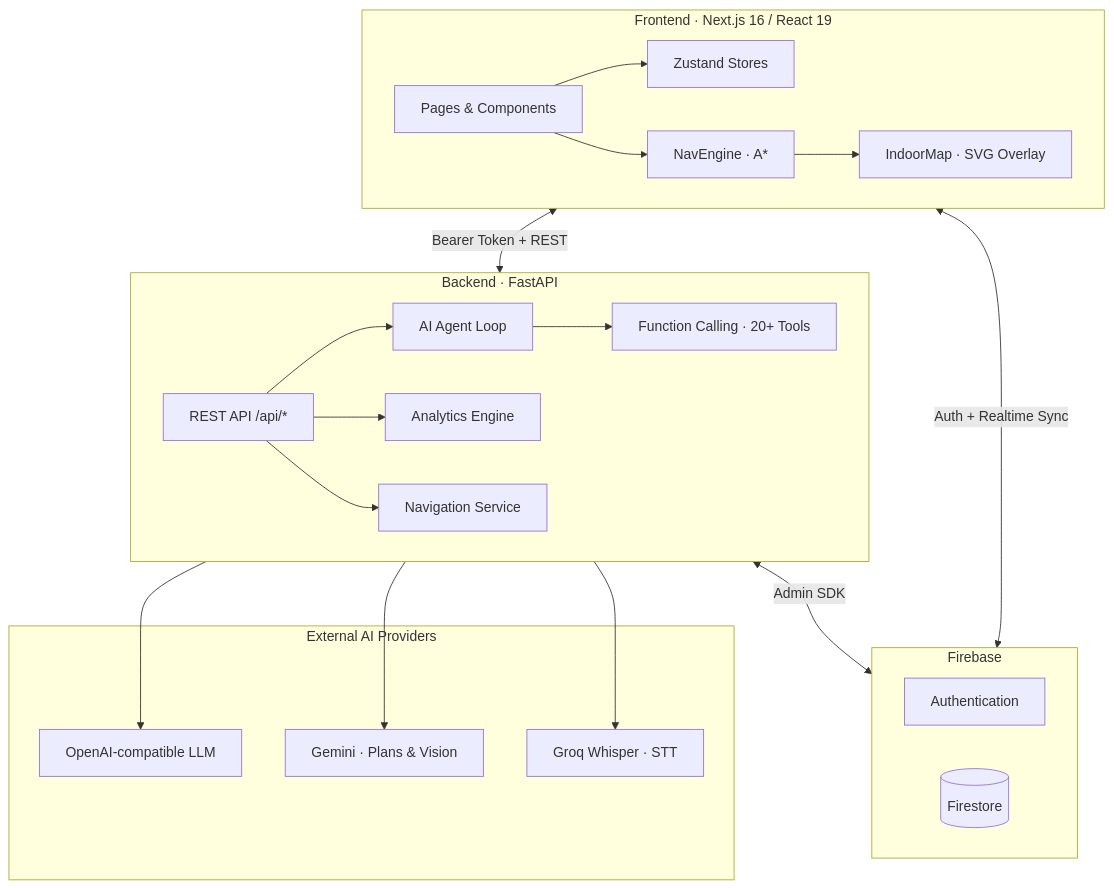
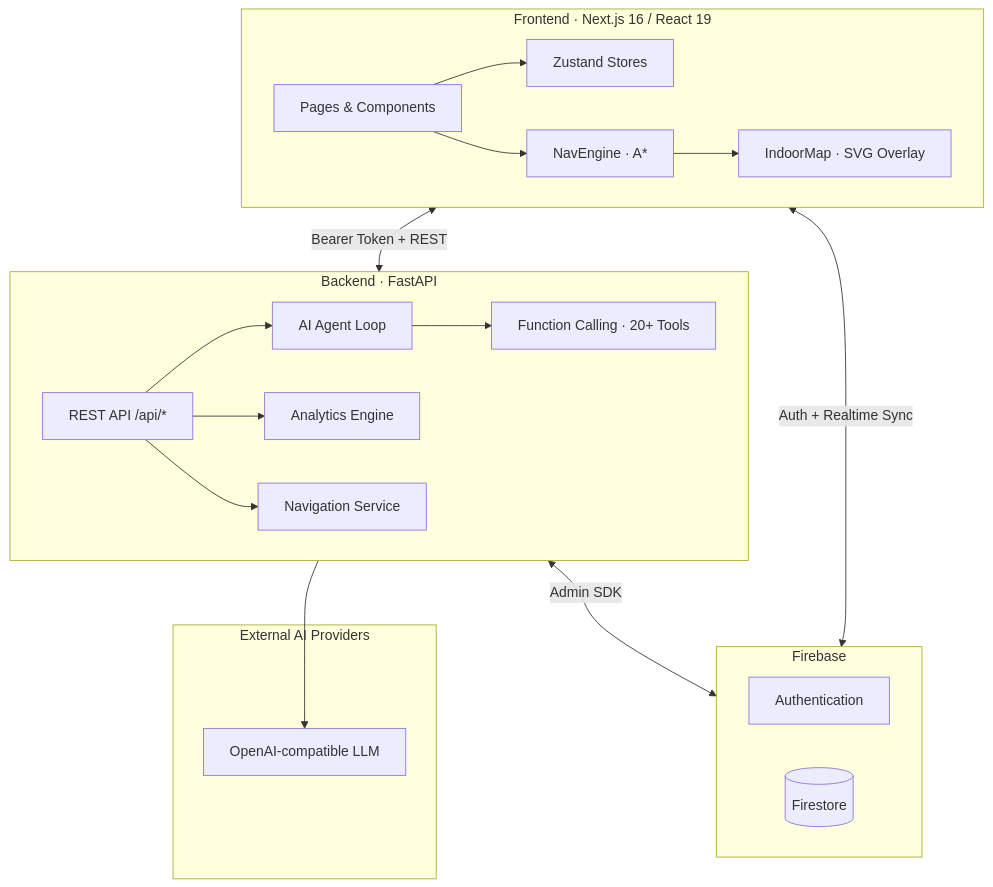
One commit to ALM3SHI/faten changed the diagram in README.md. Above: the diagram before and after it, drawn with Mermaid. The commit also changed other lines of this file, not shown here.

````diff
--- a/README.md
+++ b/README.md
@@ -60,42 +60,38 @@
 ```mermaid
 flowchart TB
     subgraph Client["Frontend · Next.js 16 / React 19"]
         UI[Pages & Components]
         Stores[Zustand Stores]
         NavEngine[NavEngine · A*]
         IndoorMap[IndoorMap · SVG Overlay]
         UI --> Stores
         UI --> NavEngine
         NavEngine --> IndoorMap
     end
 
     subgraph Backend["Backend · FastAPI"]
         API[REST API /api/*]
         Agent[AI Agent Loop]
         Tools[Function Calling · 20+ Tools]
         Analytics[Analytics Engine]
         NavSvc[Navigation Service]
         API --> Agent
         Agent --> Tools
         API --> Analytics
         API --> NavSvc
     end
 
     subgraph Cloud["Firebase"]
         Auth[Authentication]
         FS[(Firestore)]
     end
 
     subgraph AI["External AI Providers"]
         OpenAI[OpenAI-compatible LLM]
-        Gemini[Gemini · Plans & Vision]
-        Groq[Groq Whisper · STT]
     end
 
     Client <-->|Bearer Token + REST| Backend
     Client <-->|Auth + Realtime Sync| Cloud
     Backend <-->|Admin SDK| Cloud
     Backend --> OpenAI
-    Backend --> Gemini
-    Backend --> Groq
 ```
````
